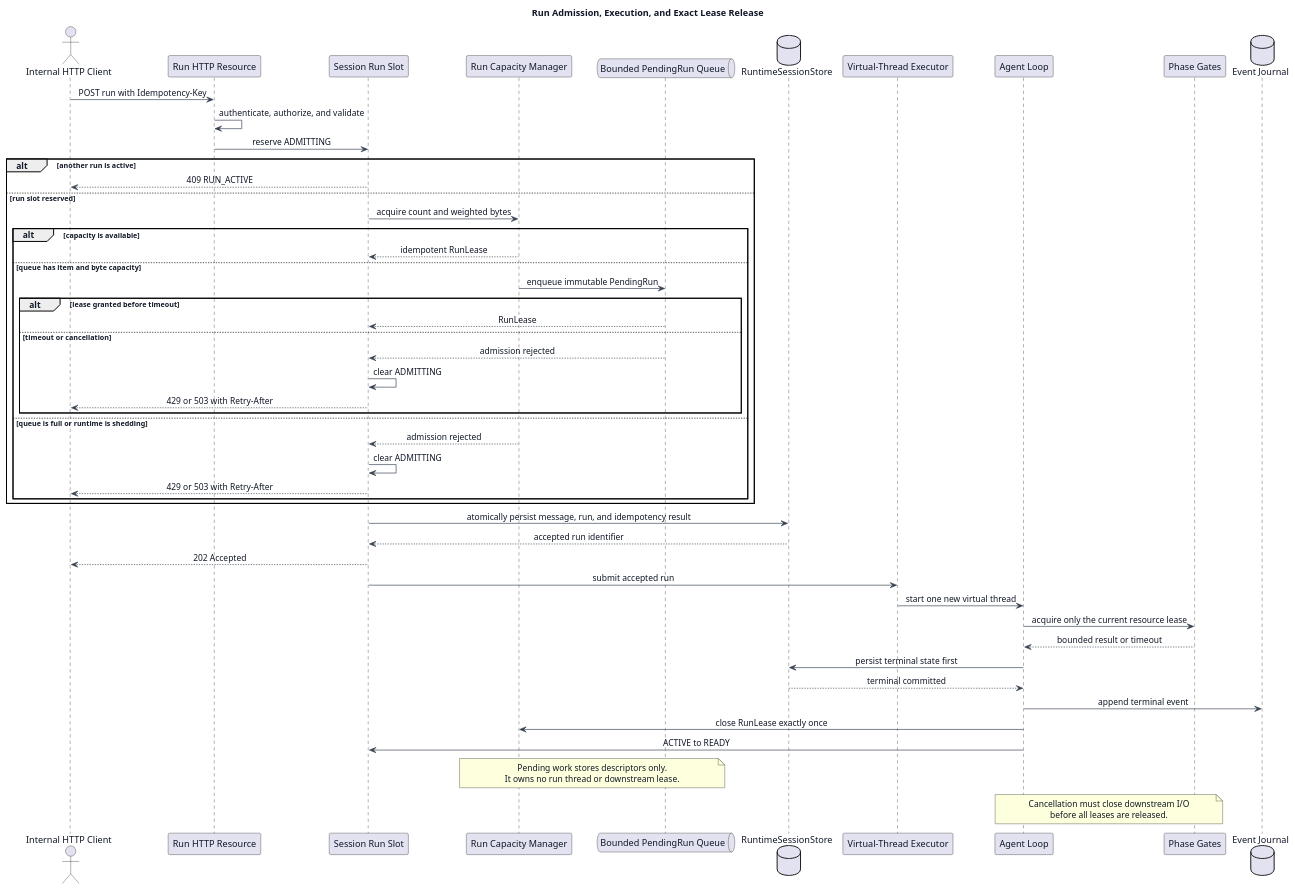
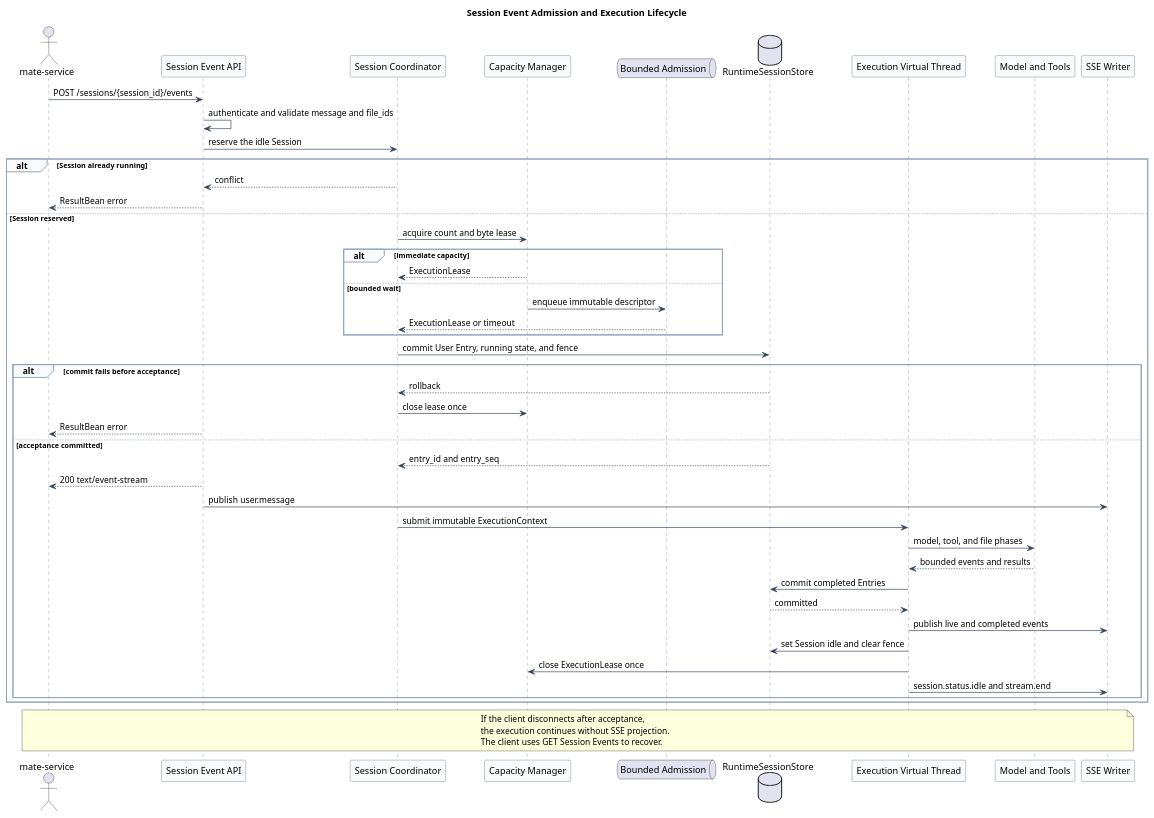
One commit to ssm0808/pi-mono-java-design changed the second of 3 diagrams in virtual-thread-concurrency-management/diagram.puml. Above: the diagram before and after it, drawn with PlantUML. The commit also changed other lines of this file and 61 other files, not shown here.

```diff
--- a/virtual-thread-concurrency-management/diagram.puml
+++ b/virtual-thread-concurrency-management/diagram.puml
@@ -94,71 +83,76 @@
-@startuml run_admission_and_execution
-title Run Admission, Execution, and Exact Lease Release
+@startuml execution_admission_and_lifecycle
+title Session Event Admission and Execution Lifecycle
+
+' Source evidence:
+' modules/agent-core/src/main/java/com/campusclaw/agent/Agent.java, startExecution
+' modules/coding-agent-cli/src/main/java/com/campusclaw/codingagent/session/AgentSession.java, prompt and abort
+' Observed behavior: one Agent execution is protected by a lock and runs asynchronously.
+' Architecture change: add transactional acceptance and deployment-level capacity leases.
+' Design reason: acceptance must survive an HTTP disconnect without exposing an execution resource.
 
 skinparam backgroundColor #FFFFFF
-skinparam defaultFontColor #111827
 skinparam shadowing false
-skinparam defaultTextAlignment center
-skinparam sequenceMessageAlign center
-skinparam ArrowColor #374151
+skinparam defaultFontName Arial
+skinparam sequence {
+  ArrowColor #334155
+  LifeLineBorderColor #64748B
+  LifeLineBackgroundColor #F8FAFC
+  ParticipantBorderColor #475569
+  ParticipantBackgroundColor #F8FAFC
+  GroupBorderColor #94A3B8
+  GroupBackgroundColor #F8FAFC
+}
 
-actor "Internal HTTP Client" as client
-participant "Run HTTP Resource" as http
-participant "Session Run Slot" as slot
-participant "Run Capacity Manager" as capacity
-queue "Bounded PendingRun Queue" as queue
+actor "mate-service" as client
+participant "Session Event API" as api
+participant "Session Coordinator" as session
+participant "Capacity Manager" as capacity
+queue "Bounded Admission" as queue
 database "RuntimeSessionStore" as store
-participant "Virtual-Thread Executor" as executor
-participant "Agent Loop" as loop
-participant "Phase Gates" as phase_gates
-database "Event Journal" as journal
+participant "Execution Virtual Thread" as task
+participant "Model and Tools" as downstream
+participant "SSE Writer" as sse
 
-client -> http : POST run with Idempotency-Key
-http -> http : authenticate, authorize, and validate
-http -> slot : reserve ADMITTING
+client -> api : POST /sessions/{session_id}/events
+api -> api : authenticate and validate message and file_ids
+api -> session : reserve the idle Session
 
-alt another run is active
-  slot --> client : 409 RUN_ACTIVE
-else run slot reserved
-  slot -> capacity : acquire count and weighted bytes
-  alt capacity is available
-    capacity --> slot : idempotent RunLease
-  else queue has item and byte capacity
-    capacity -> queue : enqueue immutable PendingRun
-    alt lease granted before timeout
-      queue --> slot : RunLease
-    else timeout or cancellation
-      queue --> slot : admission rejected
-      slot -> slot : clear ADMITTING
-      slot --> client : 429 or 503 with Retry-After
-    end
-  else queue is full or runtime is shedding
-    capacity --> slot : admission rejected
-    slot -> slot : clear ADMITTING
-    slot --> client : 429 or 503 with Retry-After
+alt Session already running
+  session --> api : conflict
+  api --> client : ResultBean error
+else Session reserved
+  session -> capacity : acquire count and byte lease
+  alt immediate capacity
+    capacity --> session : ExecutionLease
+  else bounded wait
+    capacity -> queue : enqueue immutable descriptor
+    queue --> session : ExecutionLease or timeout
+  end
+
+  session -> store : commit User Entry, running state, and fence
+  alt commit fails before acceptance
+    store --> session : rollback
+    session -> capacity : close lease once
+    api --> client : ResultBean error
+  else acceptance committed
+    store --> session : entry_id and entry_seq
+    api --> client : 200 text/event-stream
+    api -> sse : publish user.message
+    session -> task : submit immutable ExecutionContext
+    task -> downstream : model, tool, and file phases
+    downstream --> task : bounded events and results
+    task -> store : commit completed Entries
+    store --> task : committed
+    task -> sse : publish live and completed events
+    task -> store : set Session idle and clear fence
+    task -> capacity : close ExecutionLease once
+    task -> sse : session.status.idle and stream.end
   end
 end
 
-slot -> store : atomically persist message, run, and idempotency result
-store --> slot : accepted run identifier
-slot --> client : 202 Accepted
-slot -> executor : submit accepted run
-executor -> loop : start one new virtual thread
-
-loop -> phase_gates : acquire only the current resource lease
-phase_gates --> loop : bounded result or timeout
-loop -> store : persist terminal state first
-store --> loop : terminal committed
-loop -> journal : append terminal event
-loop -> capacity : close RunLease exactly once
-loop -> slot : ACTIVE to READY
-
-note over capacity, queue
-  Pending work stores descriptors only.
-  It owns no run thread or downstream lease.
-end note
-
-note over loop, phase_gates
-  Cancellation must close downstream I/O
-  before all leases are released.
+note over client,sse
+If the client disconnects after acceptance,
+the execution continues without SSE projection.
+The client uses GET Session Events to recover.
 end note
 @enduml
```
